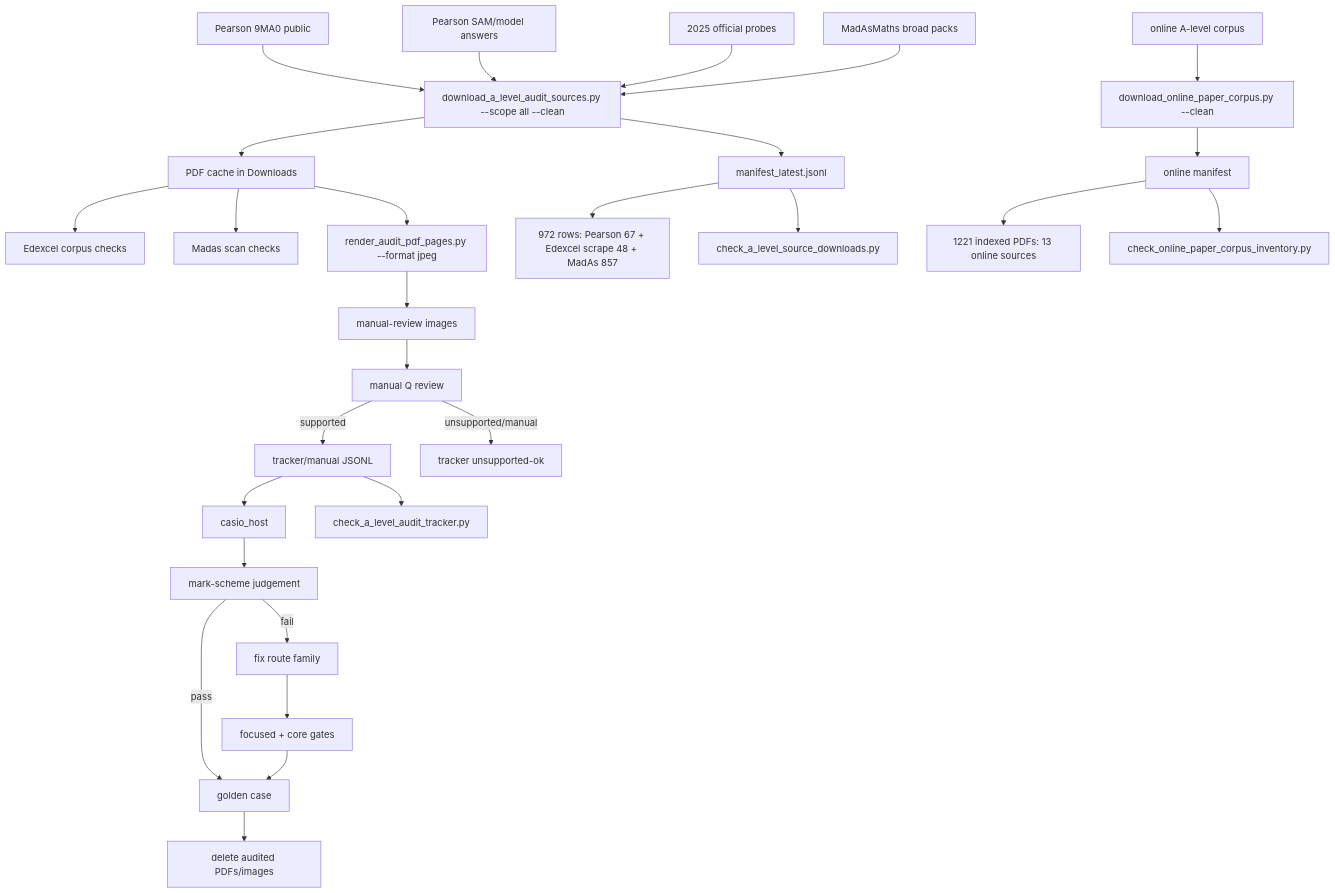
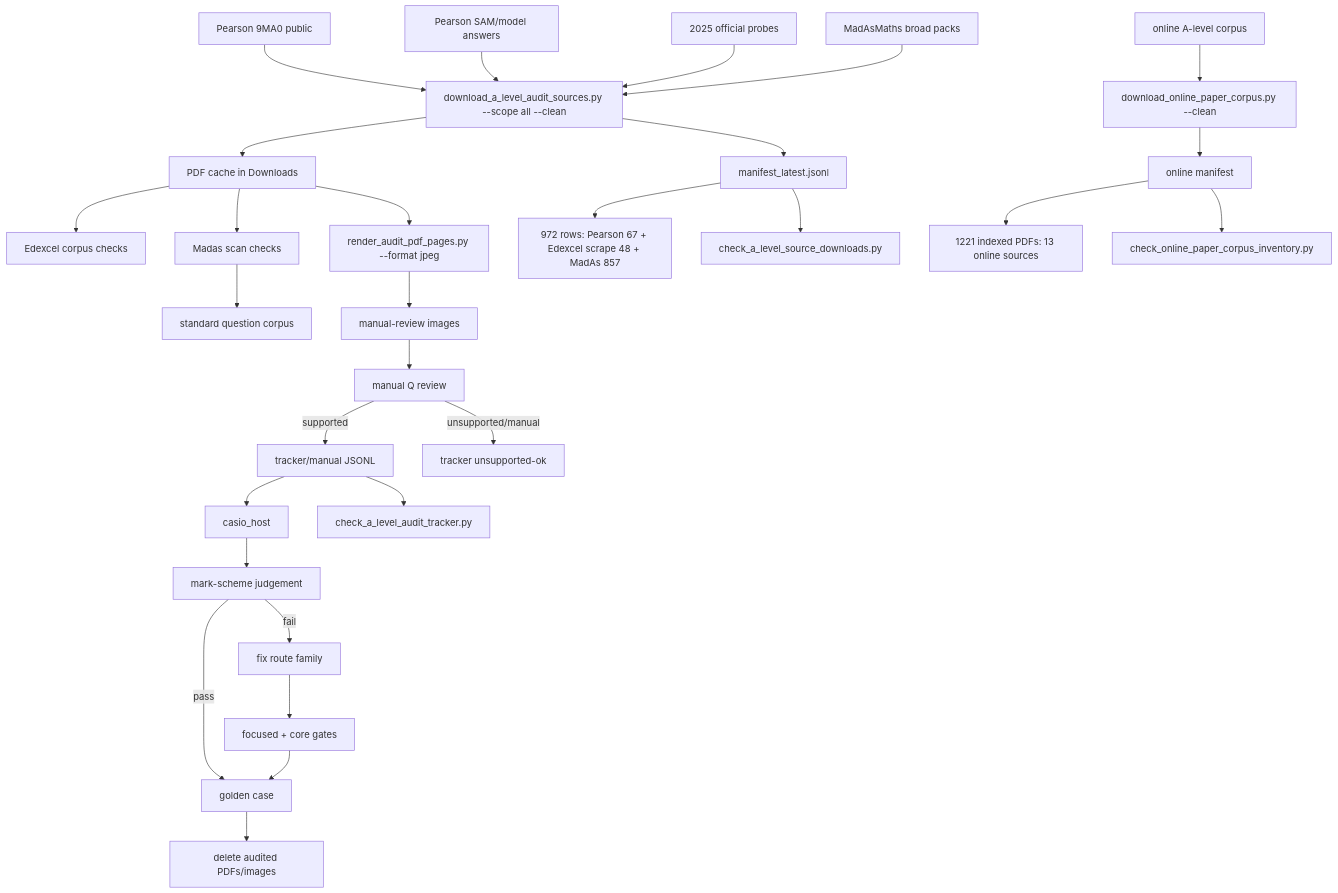
Before and after one commit to james8464/notes-addin-casio-fx-cg50: the diagram in c++/tools/golden/a_level_audit_graph.md, drawn with Mermaid. The commit also changed other lines of this file, not shown here.

Commit message:
Refresh audit coverage graph

````diff
--- a/c++/tools/golden/a_level_audit_graph.md
+++ b/c++/tools/golden/a_level_audit_graph.md
@@ -3,30 +3,31 @@
 ```mermaid
 graph TD
   E1["Pearson 9MA0 public"] --> D["download_a_level_audit_sources.py --scope all --clean"]
   E2["Pearson SAM/model answers"] --> D
   E3["2025 official probes"] --> D
   M1["MadAsMaths broad packs"] --> D
   O1["online A-level corpus"] --> OD["download_online_paper_corpus.py --clean"]
   D --> P["PDF cache in Downloads"]
   D --> X["manifest_latest.jsonl"]
   OD --> OX["online manifest"]
   X --> XC["972 rows: Pearson 67 + Edexcel scrape 48 + MadAs 857"]
   OX --> OC["1221 indexed PDFs: 13 online sources"]
   X --> V["check_a_level_source_downloads.py"]
   OX --> OV["check_online_paper_corpus_inventory.py"]
   P --> E["Edexcel corpus checks"]
   P --> S["Madas scan checks"]
+  S --> M["standard question corpus"]
   P --> R["render_audit_pdf_pages.py --format jpeg"]
   R --> I["manual-review images"]
   I --> Q["manual Q review"]
   Q -->|supported| J["tracker/manual JSONL"]
   Q -->|unsupported/manual| U["tracker unsupported-ok"]
   J --> H["casio_host"]
   J --> K["check_a_level_audit_tracker.py"]
   H --> C["mark-scheme judgement"]
   C -->|pass| G["golden case"]
   C -->|fail| F["fix route family"]
   F --> T["focused + core gates"]
   T --> G
   G --> Z["delete audited PDFs/images"]
 ```
````
